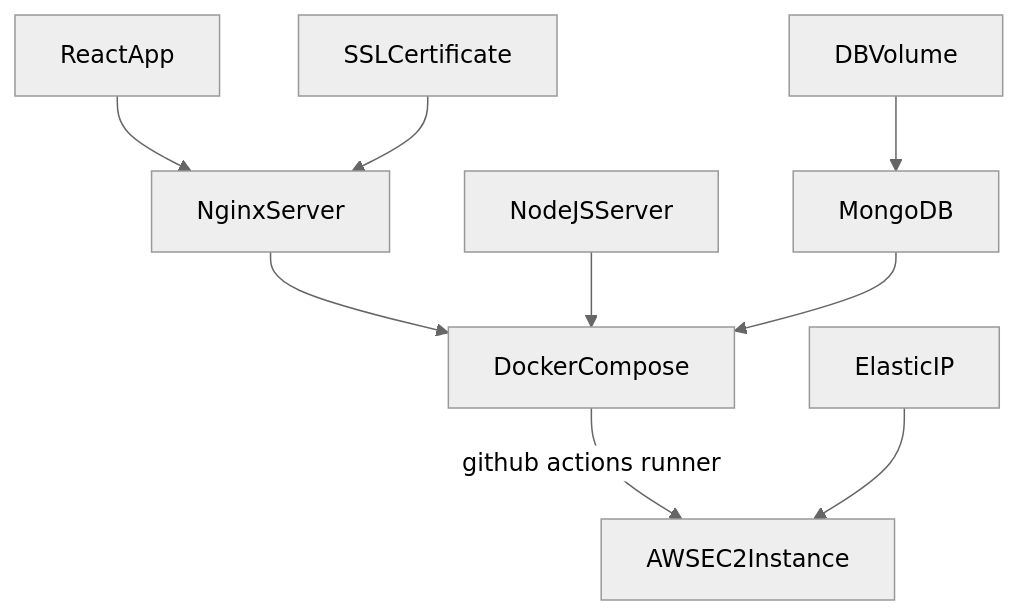
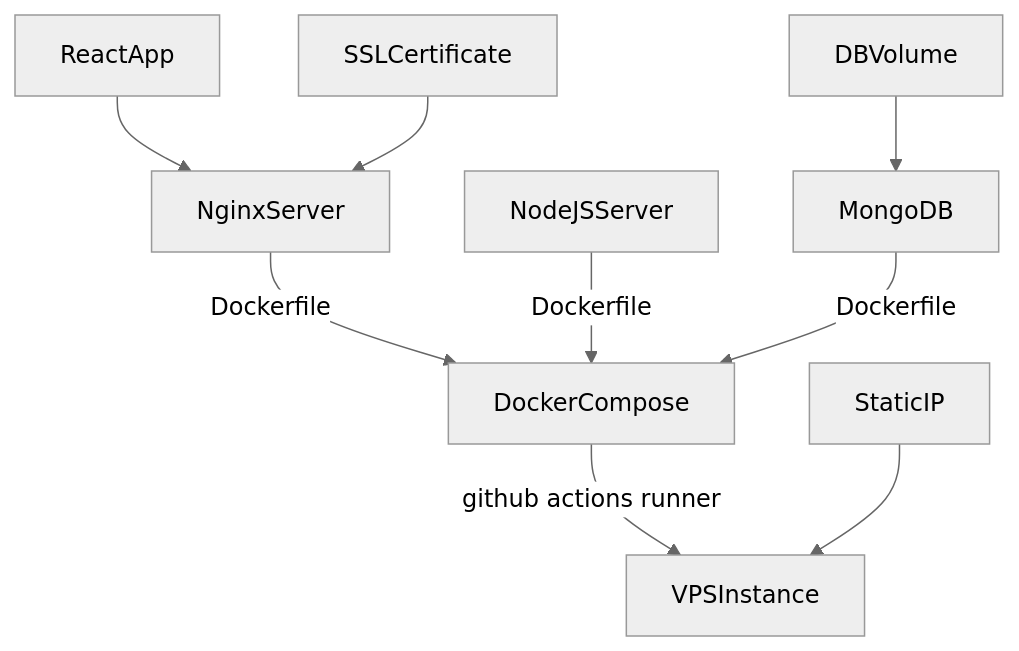
The second of 2 diagrams in README.md (CarlaCGDM/open-virtual-tours), drawn with Mermaid (neutral theme) before and after one commit. The commit also changed other lines of this file, not shown here.

````diff
--- a/README.md
+++ b/README.md
@@ -29,11 +42,11 @@
 ```mermaid
 graph TD;
     ReactApp-->NginxServer;
     SSLCertificate-->NginxServer;
-    NginxServer-->DockerCompose;
-    NodeJSServer-->DockerCompose;
+    NginxServer--> |Dockerfile| DockerCompose;
+    NodeJSServer--> |Dockerfile| DockerCompose;
     DBVolume-->MongoDB;
-    MongoDB-->DockerCompose;
-    DockerCompose--> |github actions runner| AWSEC2Instance;
-    ElasticIP-->AWSEC2Instance;
+    MongoDB--> |Dockerfile| DockerCompose;
+    DockerCompose--> |github actions runner| VPSInstance;
+    StaticIP-->VPSInstance;
 ```
````
